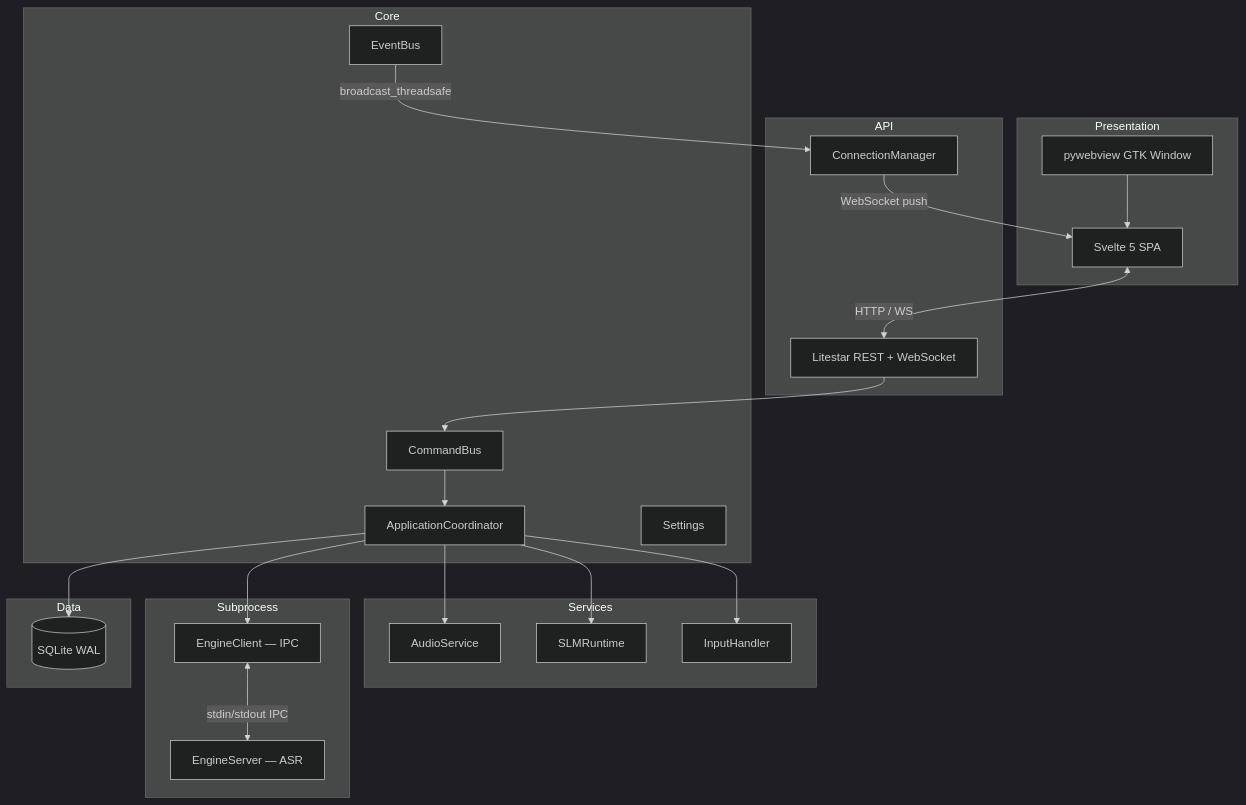
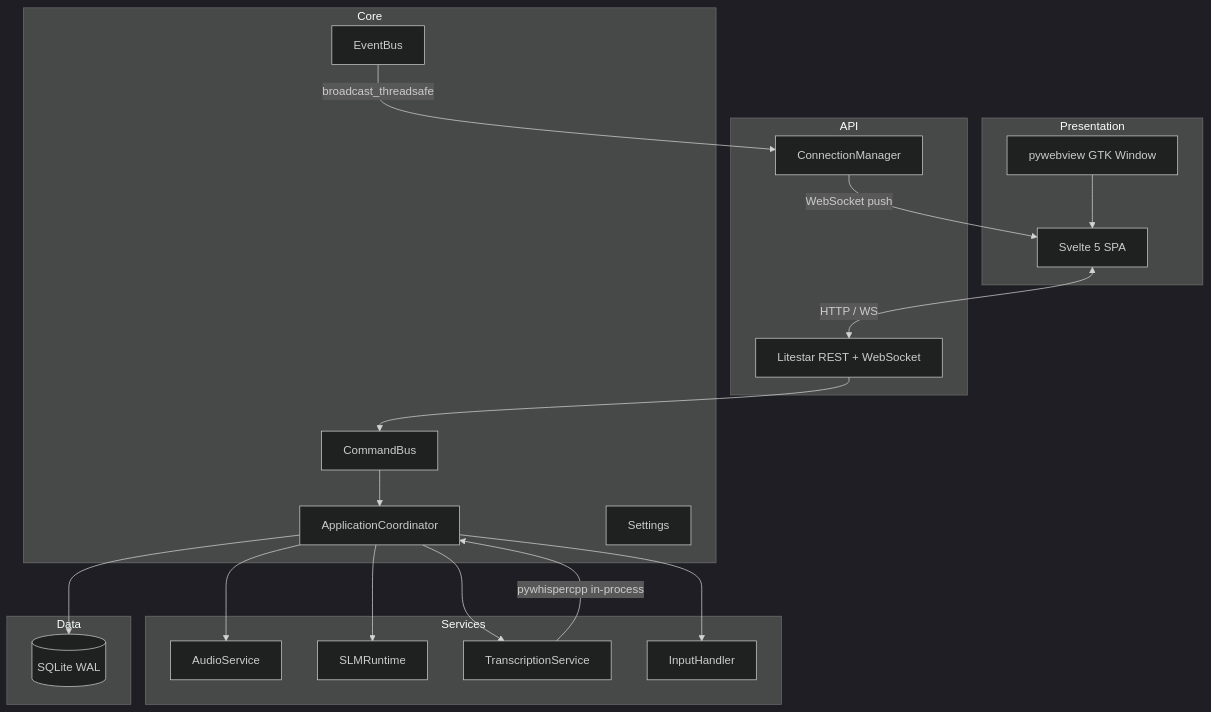
The diagram in docs/architecture.md (WanderingAstronomer/Vociferous), drawn with Mermaid (dark theme) before and after one commit. The commit also changed other lines of this file and 93 other files, not shown here.

First line of the commit message:
Add unit tests for refinement engine, settings resilience, and transcription service

````diff
--- a/docs/architecture.md
+++ b/docs/architecture.md
@@ -7,45 +7,40 @@
 ```mermaid
 flowchart TB
     subgraph Presentation
         PW[pywebview GTK Window]
         SV[Svelte 5 SPA]
     end
 
     subgraph API
         LS[Litestar REST + WebSocket]
         CM[ConnectionManager]
     end
 
     subgraph Core
         AC[ApplicationCoordinator]
         CB[CommandBus]
         EB[EventBus]
         ST[Settings]
     end
 
     subgraph Services
         AS[AudioService]
         SR[SLMRuntime]
+        TS[TranscriptionService]
         IH[InputHandler]
-    end
-
-    subgraph Runtime["Subprocess"]
-        EC[EngineClient — IPC]
-        ES[EngineServer — ASR]
     end
 
     subgraph Data
         DB[(SQLite WAL)]
     end
 
     SV <-->|HTTP / WS| LS
     PW --> SV
     LS --> CB
     CB --> AC
-    AC --> AS & SR & IH
-    AC --> EC
-    EC <-->|stdin/stdout IPC| ES
+    AC --> AS & SR & TS & IH
+    TS -->|pywhispercpp in-process| AC
     EB -->|broadcast_threadsafe| CM
     CM -->|WebSocket push| SV
     AC --> DB
 ```
````
